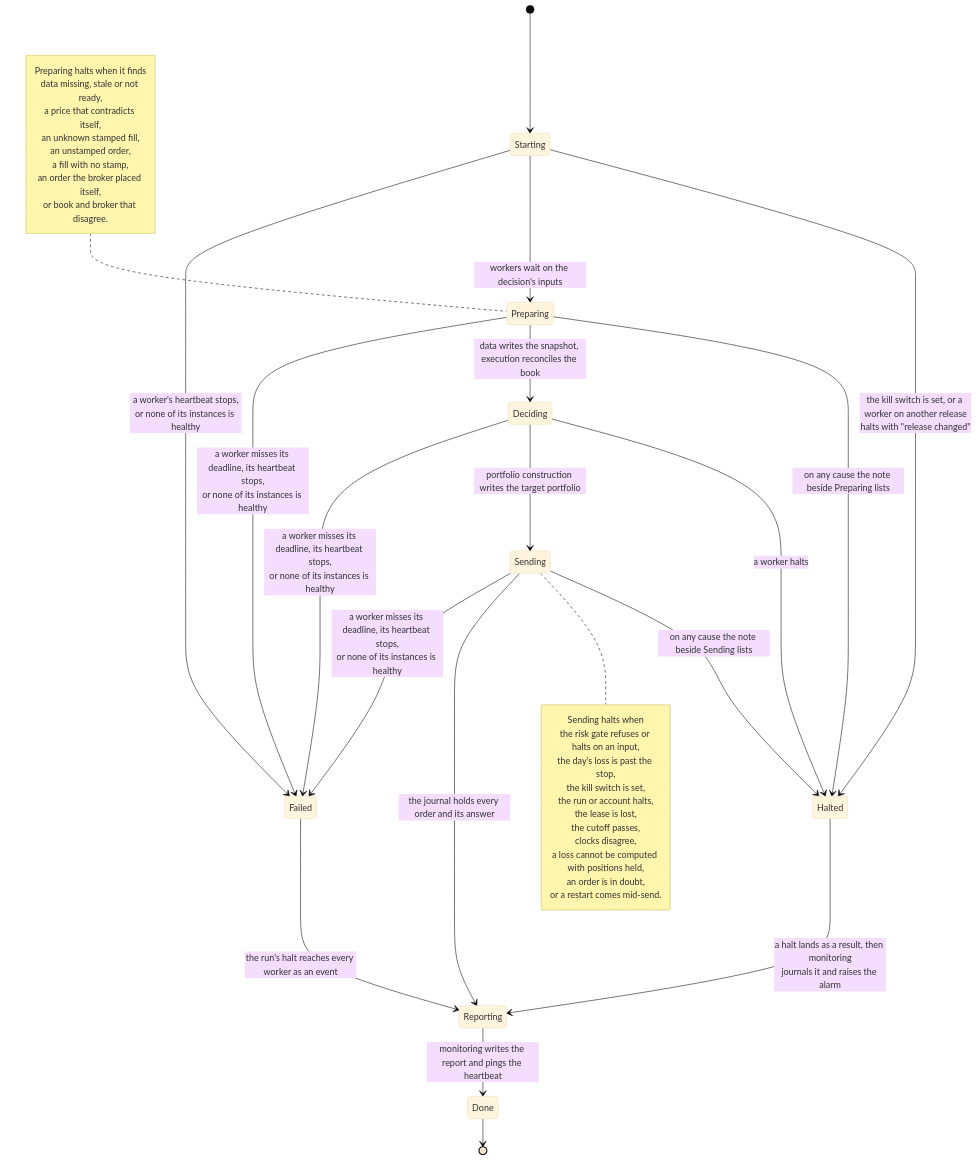
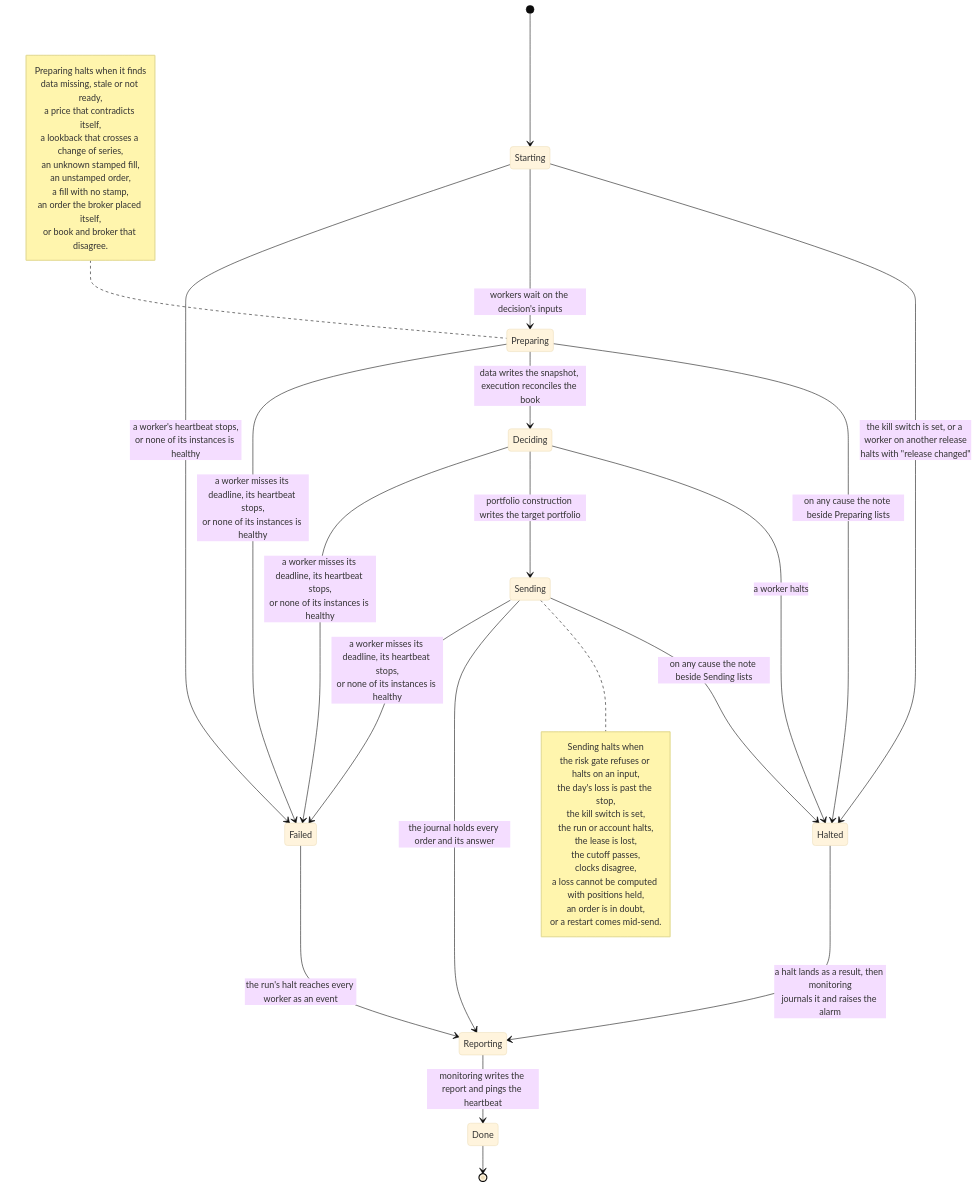
One commit to l3a0/ithildin-runtime changed diagram 18 of 18 in docs/architecture/06-runtime.md. Above: the diagram before and after it, drawn with Mermaid (base theme). The commit also changed other lines of this file and 12 other files, not shown here.

First line of the commit message:
feat(data): a lookback that crosses a change of series halts

````diff
--- a/docs/architecture/06-runtime.md
+++ b/docs/architecture/06-runtime.md
@@ -1192,43 +1192,44 @@
 ```mermaid
 stateDiagram-v2
     [*] --> Starting
     Starting --> Halted: the kill switch is set, or a worker on another release<br/>halts with "release changed"
     Starting --> Preparing: workers wait on the decision's inputs
     Preparing --> Halted: on any cause the note beside Preparing lists
     note left of Preparing
         Preparing halts when it finds
         data missing, stale or not ready,
         a price that contradicts itself,
+        a lookback that crosses a change of series,
         an unknown stamped fill,
         an unstamped order,
         a fill with no stamp,
         an order the broker placed itself,
         or book and broker that disagree.
     end note
     Preparing --> Deciding: data writes the snapshot, execution reconciles the book
     Deciding --> Halted: a worker halts
     Deciding --> Sending: portfolio construction writes the target portfolio
     Sending --> Halted: on any cause the note beside Sending lists
     note right of Sending
         Sending halts when
         the risk gate refuses or halts on an input,
         the day's loss is past the stop,
         the kill switch is set,
         the run or account halts,
         the lease is lost,
         the cutoff passes,
         clocks disagree,
         a loss cannot be computed with positions held,
         an order is in doubt,
         or a restart comes mid-send.
     end note
     Sending --> Reporting: the journal holds every order and its answer
     Halted --> Reporting: a halt lands as a result, then monitoring<br/>journals it and raises the alarm
     Reporting --> Done: monitoring writes the report and pings the heartbeat
     Done --> [*]
     Starting --> Failed: a worker's heartbeat stops,<br/>or none of its instances is healthy
     Preparing --> Failed: a worker misses its deadline, its heartbeat stops,<br/>or none of its instances is healthy
     Deciding --> Failed: a worker misses its deadline, its heartbeat stops,<br/>or none of its instances is healthy
     Sending --> Failed: a worker misses its deadline, its heartbeat stops,<br/>or none of its instances is healthy
     Failed --> Reporting: the run's halt reaches every worker as an event
 ```
````
